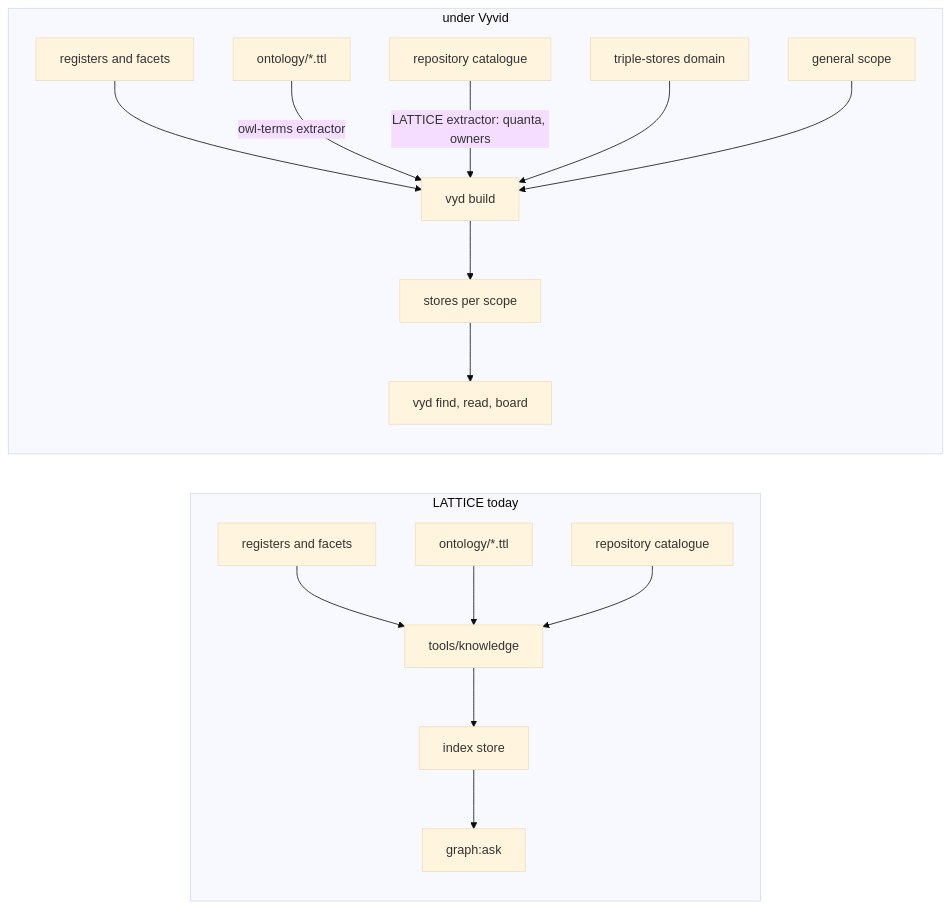
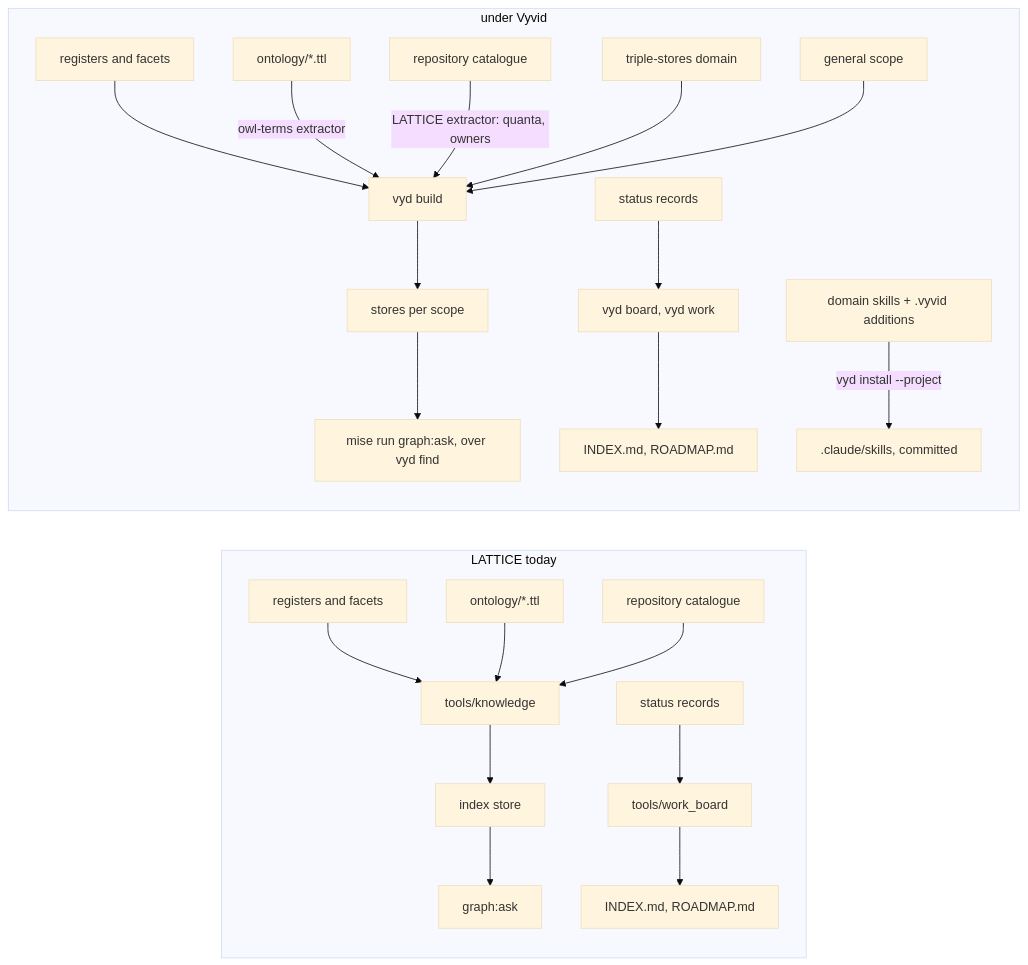
One commit to nebularis/lattice changed the first of 2 diagrams in docs/developer/sketches/vyvid-migration.md. Above: the diagram before and after it, drawn with Mermaid (base theme). The commit also changed other lines of this file and 4 other files, not shown here.

````diff
--- a/docs/developer/sketches/vyvid-migration.md
+++ b/docs/developer/sketches/vyvid-migration.md
@@ -42,19 +50,24 @@
 ```mermaid
 flowchart LR
     subgraph today["LATTICE today"]
         R1["registers and facets"] --> T1["tools/knowledge"]
         O1["ontology/*.ttl"] --> T1
         C1["repository catalogue"] --> T1
+        S1["status records"] --> B1["tools/work_board"]
         T1 --> I1["index store"]
         I1 --> A1["graph:ask"]
+        B1 --> X1["INDEX.md, ROADMAP.md"]
     end
     subgraph after["under Vyvid"]
         R2["registers and facets"] --> V["vyd build"]
         O2["ontology/*.ttl"] -->|"owl-terms extractor"| V
         C2["repository catalogue"] -->|"LATTICE extractor: quanta, owners"| V
         D["triple-stores domain"] --> V
         G["general scope"] --> V
+        S2["status records"] --> W["vyd board, vyd work"]
         V --> I2["stores per scope"]
-        I2 --> A2["vyd find, read, board"]
+        I2 --> A2["mise run graph:ask, over vyd find"]
+        W --> X2["INDEX.md, ROADMAP.md"]
+        K["domain skills + .vyvid additions"] -->|"vyd install --project"| Y[".claude/skills, committed"]
     end
 ```
````
